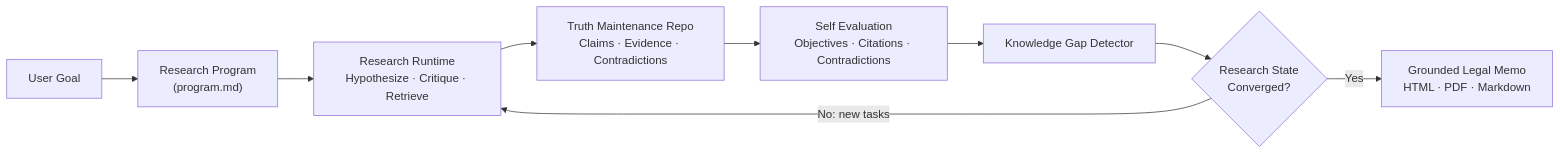
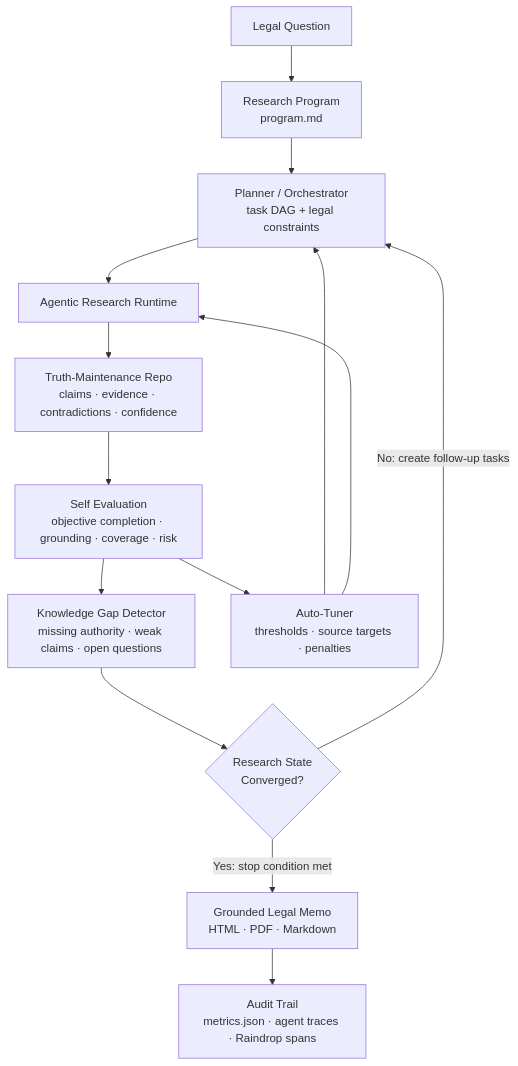
Before and after one commit to karthikeyaparunandi/legal-autoresearch-os: the first of 3 diagrams in README.md, drawn with Mermaid. The commit also changed other lines of this file, not shown here.

````diff
--- a/README.md
+++ b/README.md
@@ -116,11 +121,16 @@
 ```mermaid
-flowchart LR
-    goal["User Goal"] --> program["Research Program<br/>(program.md)"]
-    program --> runtime["Research Runtime<br/>Hypothesize · Critique · Retrieve"]
-    runtime --> truth["Truth Maintenance Repo<br/>Claims · Evidence · Contradictions"]
-    truth --> eval["Self Evaluation<br/>Objectives · Citations · Contradictions"]
-    eval --> gaps["Knowledge Gap Detector"]
-    gaps --> converged{"Research State<br/>Converged?"}
-    converged -- "No: new tasks" --> runtime
-    converged -- "Yes" --> report["Grounded Legal Memo<br/>HTML · PDF · Markdown"]
+flowchart TD
+    goal["Legal Question"] --> program["Research Program<br/>program.md"]
+    program --> planner["Planner / Orchestrator<br/>task DAG + legal constraints"]
+    planner --> runtime["Agentic Research Runtime"]
+    runtime --> truth["Truth-Maintenance Repo<br/>claims · evidence · contradictions · confidence"]
+    truth --> evaluator["Self Evaluation<br/>objective completion · grounding · coverage · risk"]
+    evaluator --> gaps["Knowledge Gap Detector<br/>missing authority · weak claims · open questions"]
+    gaps --> decision{"Research State<br/>Converged?"}
+    decision -- "No: create follow-up tasks" --> planner
+    decision -- "Yes: stop condition met" --> report["Grounded Legal Memo<br/>HTML · PDF · Markdown"]
+    evaluator --> tuner["Auto-Tuner<br/>thresholds · source targets · penalties"]
+    tuner --> planner
+    tuner --> runtime
+    report --> audit["Audit Trail<br/>metrics.json · agent traces · Raindrop spans"]
 ```
````
